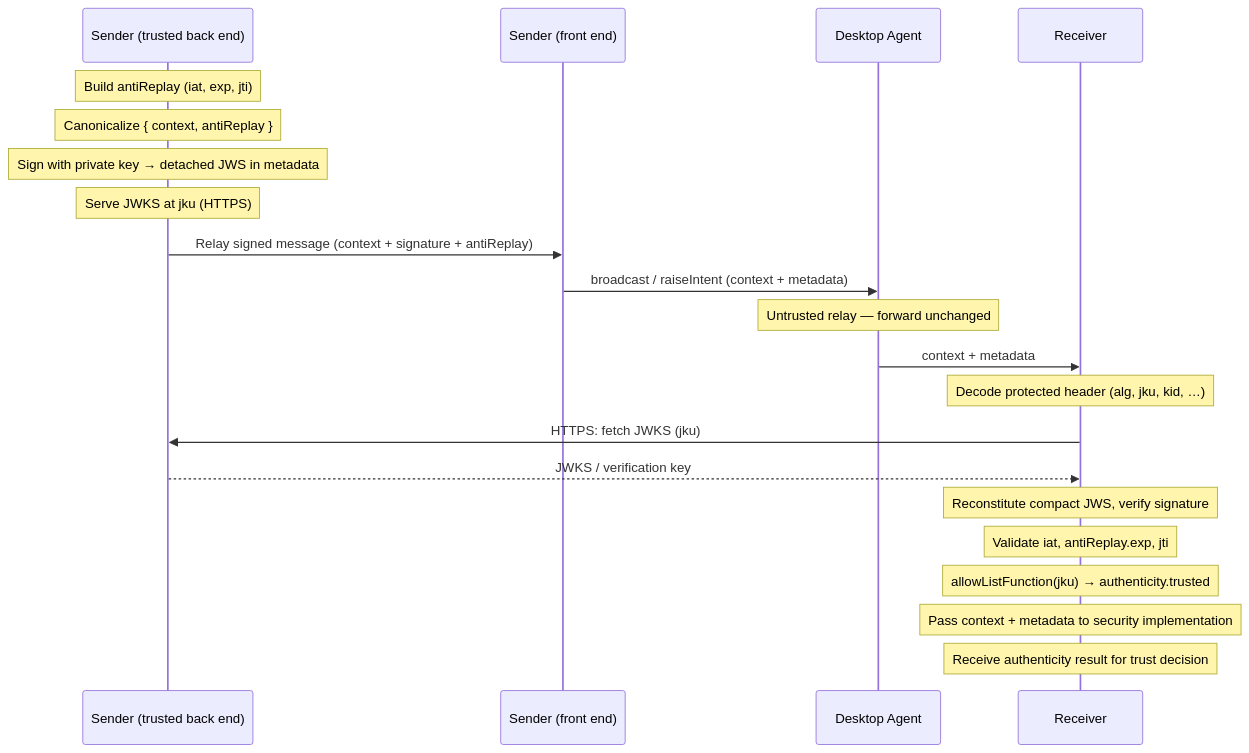
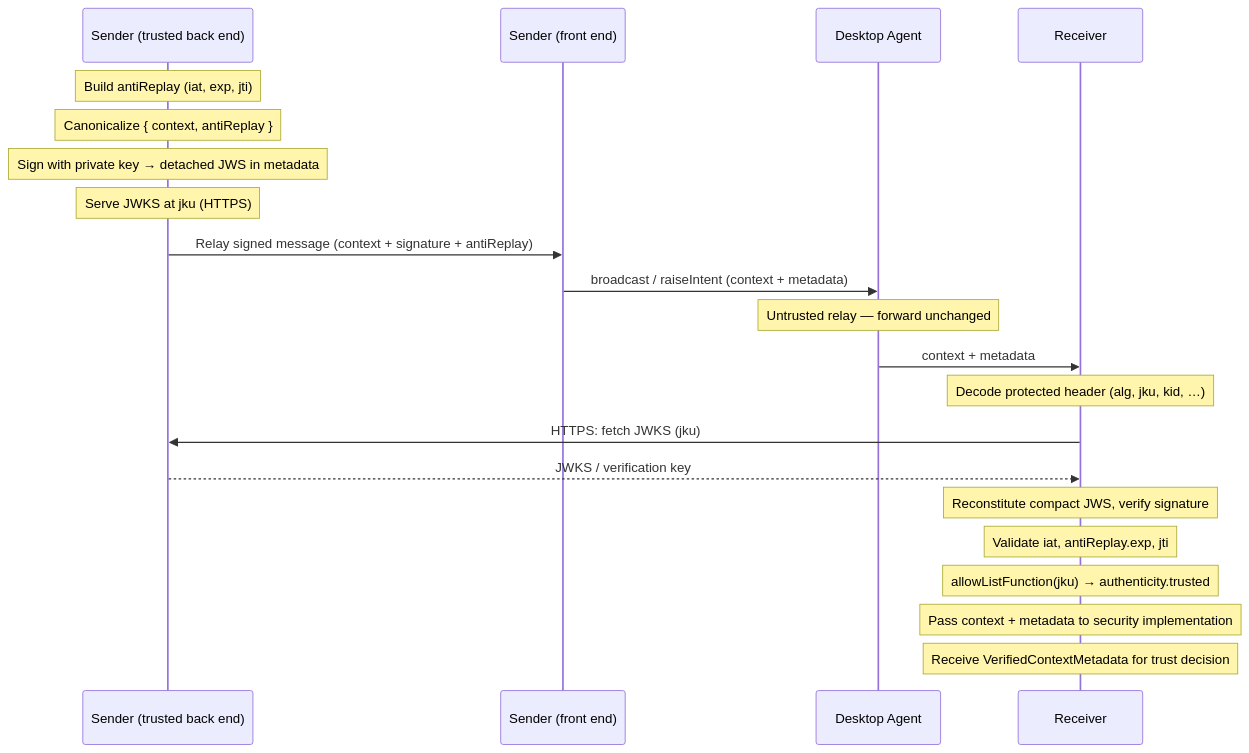
Before and after one commit to finos/FDC3: the third of 5 diagrams in website/docs/api/security.md, drawn with Mermaid. The commit also changed other lines of this file and 22 other files, not shown here.

````diff
--- a/website/docs/api/security.md
+++ b/website/docs/api/security.md
@@ -338,28 +338,28 @@
 ```mermaid
 sequenceDiagram
     participant SBE as Sender (trusted back end)
     participant SFE as Sender (front end)
     participant DA as Desktop Agent
     participant R as Receiver
 
     Note over SBE: Build antiReplay (iat, exp, jti)
     Note over SBE: Canonicalize { context, antiReplay }
     Note over SBE: Sign with private key → detached JWS in metadata
     Note over SBE: Serve JWKS at jku (HTTPS)
 
     SBE->>SFE: Relay signed message (context + signature + antiReplay)
     SFE->>DA: broadcast / raiseIntent (context + metadata)
     Note over DA: Untrusted relay — forward unchanged
     DA->>R: context + metadata
 
     Note over R: Decode protected header (alg, jku, kid, …)
     R->>SBE: HTTPS: fetch JWKS (jku)
     SBE-->>R: JWKS / verification key
 
     Note over R: Reconstitute compact JWS, verify signature
     Note over R: Validate iat, antiReplay.exp, jti
     Note over R: allowListFunction(jku) → authenticity.trusted
 
     Note over R: Pass context + metadata to security implementation
-    Note over R: Receive authenticity result for trust decision
+    Note over R: Receive VerifiedContextMetadata for trust decision
 ```
````
